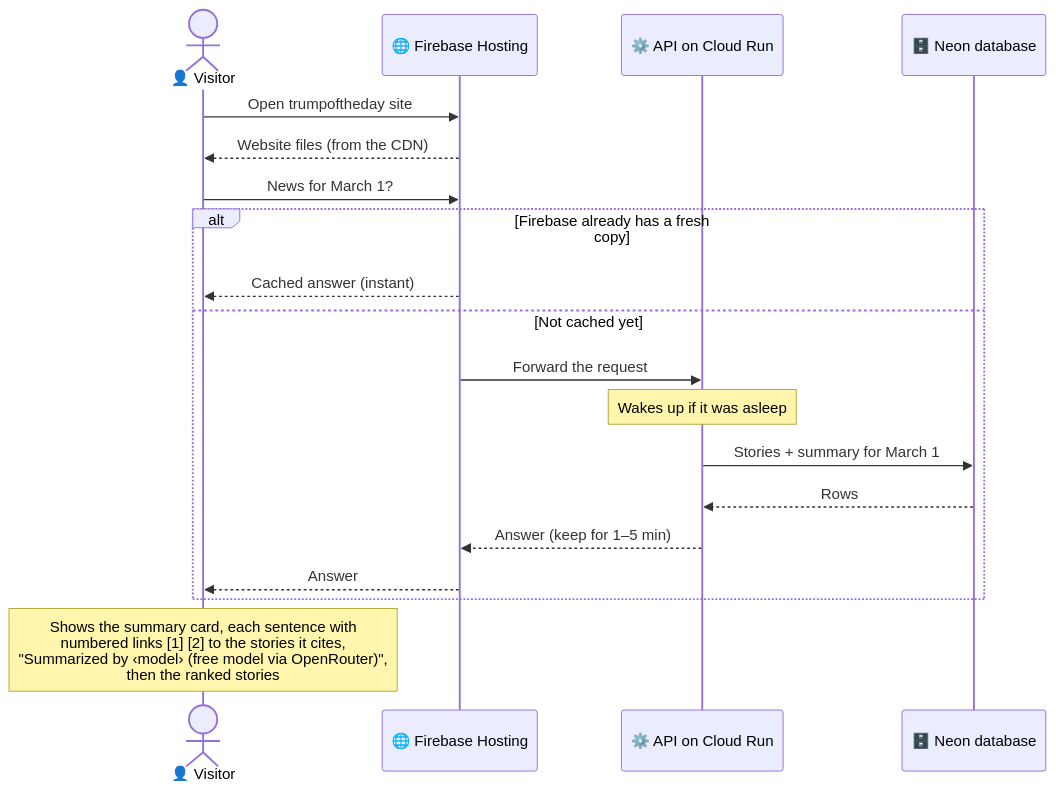
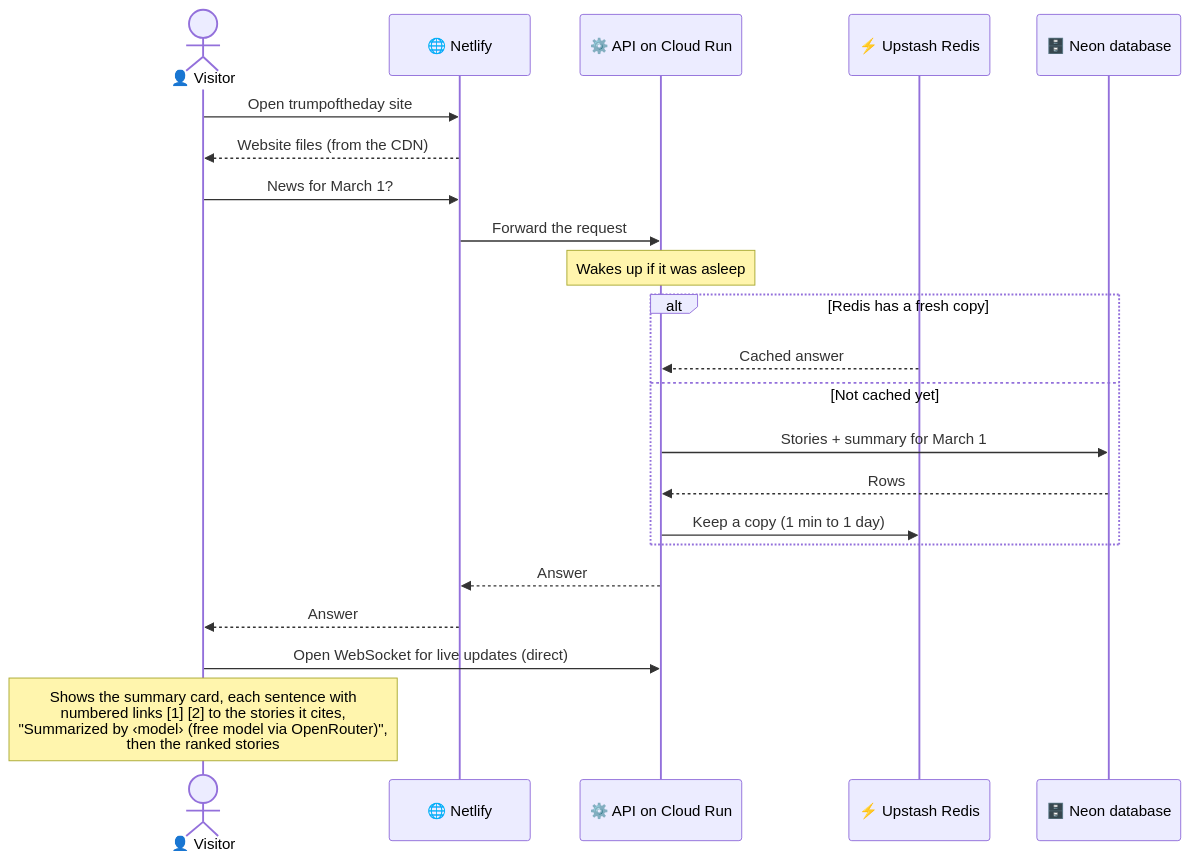
Before and after one commit to divij-pawar/trump-of-the-day: the third of 5 diagrams in ARCHITECTURE.md, drawn with Mermaid. The commit also changed other lines of this file and 8 other files, not shown here.

Commit message:
Docs: Netlify, Cloud Run and Upstash deployment

````diff
--- a/ARCHITECTURE.md
+++ b/ARCHITECTURE.md
@@ -80,22 +87,25 @@
 ```mermaid
 sequenceDiagram
     actor V as 👤 Visitor
-    participant F as 🌐 Firebase Hosting
+    participant F as 🌐 Netlify
     participant A as ⚙️ API on Cloud Run
+    participant R as ⚡ Upstash Redis
     participant D as 🗄️ Neon database
 
     V->>F: Open trumpoftheday site
     F-->>V: Website files (from the CDN)
     V->>F: News for March 1?
-    alt Firebase already has a fresh copy
-        F-->>V: Cached answer (instant)
+    F->>A: Forward the request
+    Note over A: Wakes up if it was asleep
+    alt Redis has a fresh copy
+        R-->>A: Cached answer
     else Not cached yet
-        F->>A: Forward the request
-        Note over A: Wakes up if it was asleep
         A->>D: Stories + summary for March 1
         D-->>A: Rows
-        A-->>F: Answer (keep for 1–5 min)
-        F-->>V: Answer
+        A->>R: Keep a copy (1 min to 1 day)
     end
+    A-->>F: Answer
+    F-->>V: Answer
+    V->>A: Open WebSocket for live updates (direct)
     Note over V: Shows the summary card, each sentence with<br/>numbered links [1] [2] to the stories it cites,<br/>"Summarized by ‹model› (free model via OpenRouter)",<br/>then the ranked stories
 ```
````
